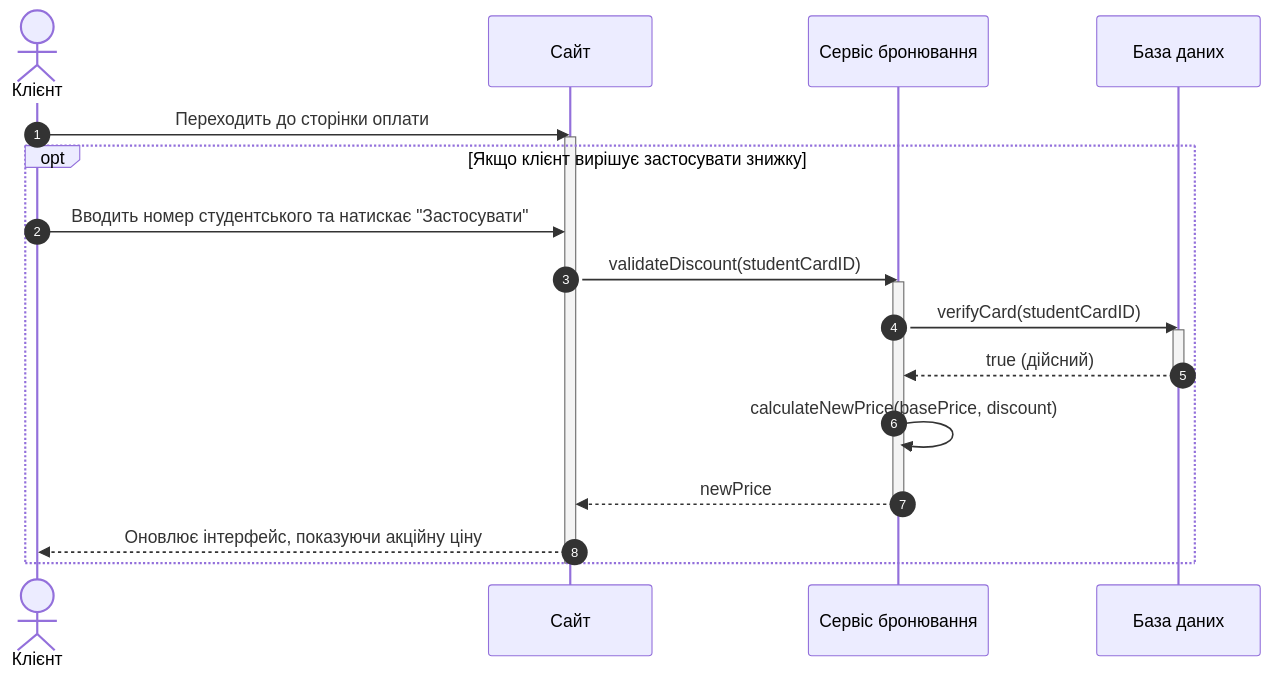
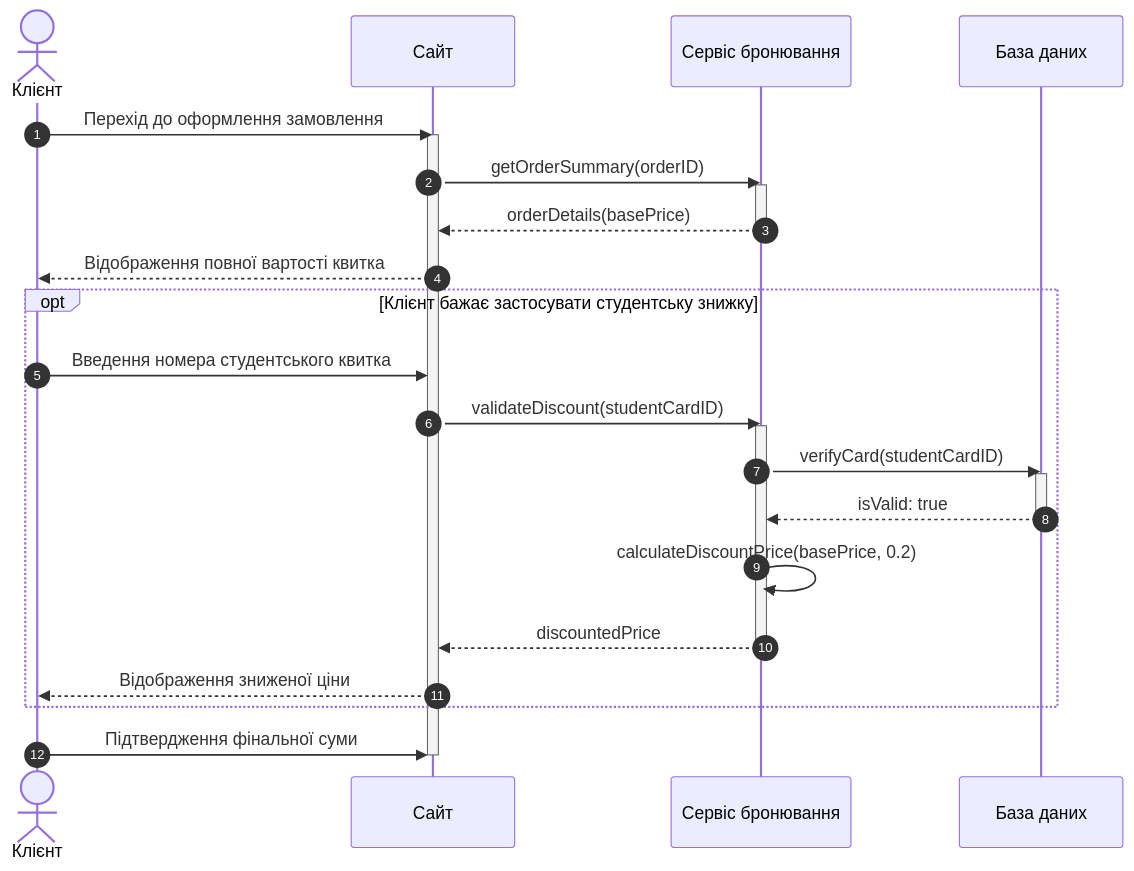
Before and after one commit to Cheburek534/KPI2_labs: the diagram in Lab3/OPTdiagram.mmd, drawn with Mermaid.

Commit message:
Updated OPT(AI)

```diff
--- a/Lab3/OPTdiagram.mmd
+++ b/Lab3/OPTdiagram.mmd
@@ -1,29 +1,38 @@
 sequenceDiagram
     autonumber
     actor Client as Клієнт
     participant Site as Сайт
     participant Booking as Сервіс бронювання
     participant DB as База даних
 
-    Client->>Site: Переходить до сторінки оплати
+    %% Базовий потік: відкриття екрана розрахунку
+    Client->>Site: Перехід до оформлення замовлення
     activate Site
+    
+    Site->>Booking: getOrderSummary(orderID)
+    activate Booking
+    Booking-->>Site: orderDetails(basePrice)
+    deactivate Booking
+    Site-->>Client: Відображення повної вартості квитка
 
-    opt Якщо клієнт вирішує застосувати знижку
-        Client->>Site: Вводить номер студентського та натискає "Застосувати"
-        
+    %% Опціональний блок: застосовується лише якщо клієнт надає посвідчення
+    opt Клієнт бажає застосувати студентську знижку
+        Client->>Site: Введення номера студентського квитка
         Site->>Booking: validateDiscount(studentCardID)
         activate Booking
         
         Booking->>DB: verifyCard(studentCardID)
         activate DB
-        DB-->>Booking: true (дійсний)
+        DB-->>Booking: isValid: true
         deactivate DB
         
-        Booking->>Booking: calculateNewPrice(basePrice, discount)
-        Booking-->>Site: newPrice
+        Booking->>Booking: calculateDiscountPrice(basePrice, 0.2)
+        Booking-->>Site: discountedPrice
         deactivate Booking
         
-        Site-->>Client: Оновлює інтерфейс, показуючи акційну ціну
+        Site-->>Client: Відображення зниженої ціни
     end
-    
+
+    %% Продовження базового потоку
+    Client->>Site: Підтвердження фінальної суми
     deactivate Site
```
